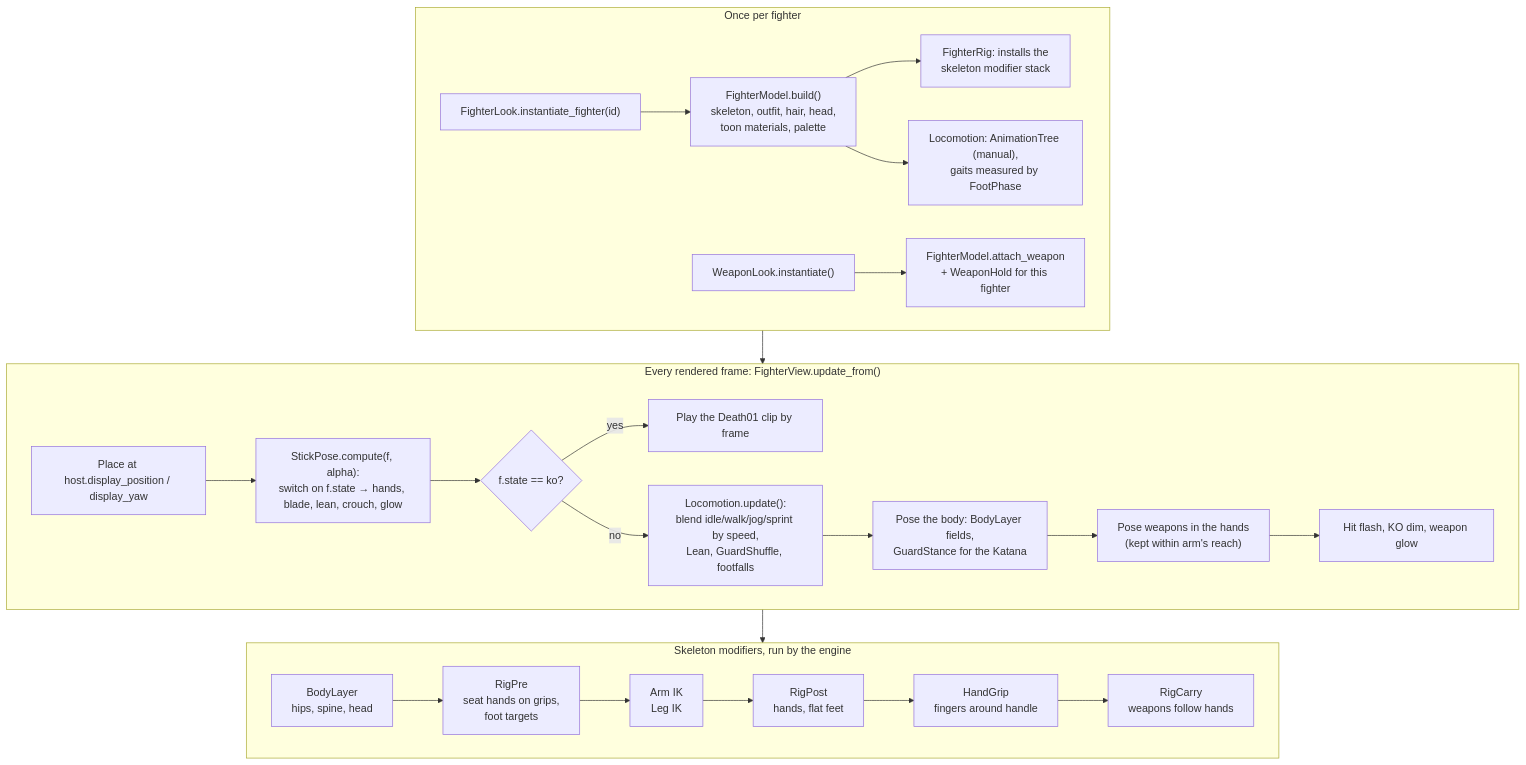
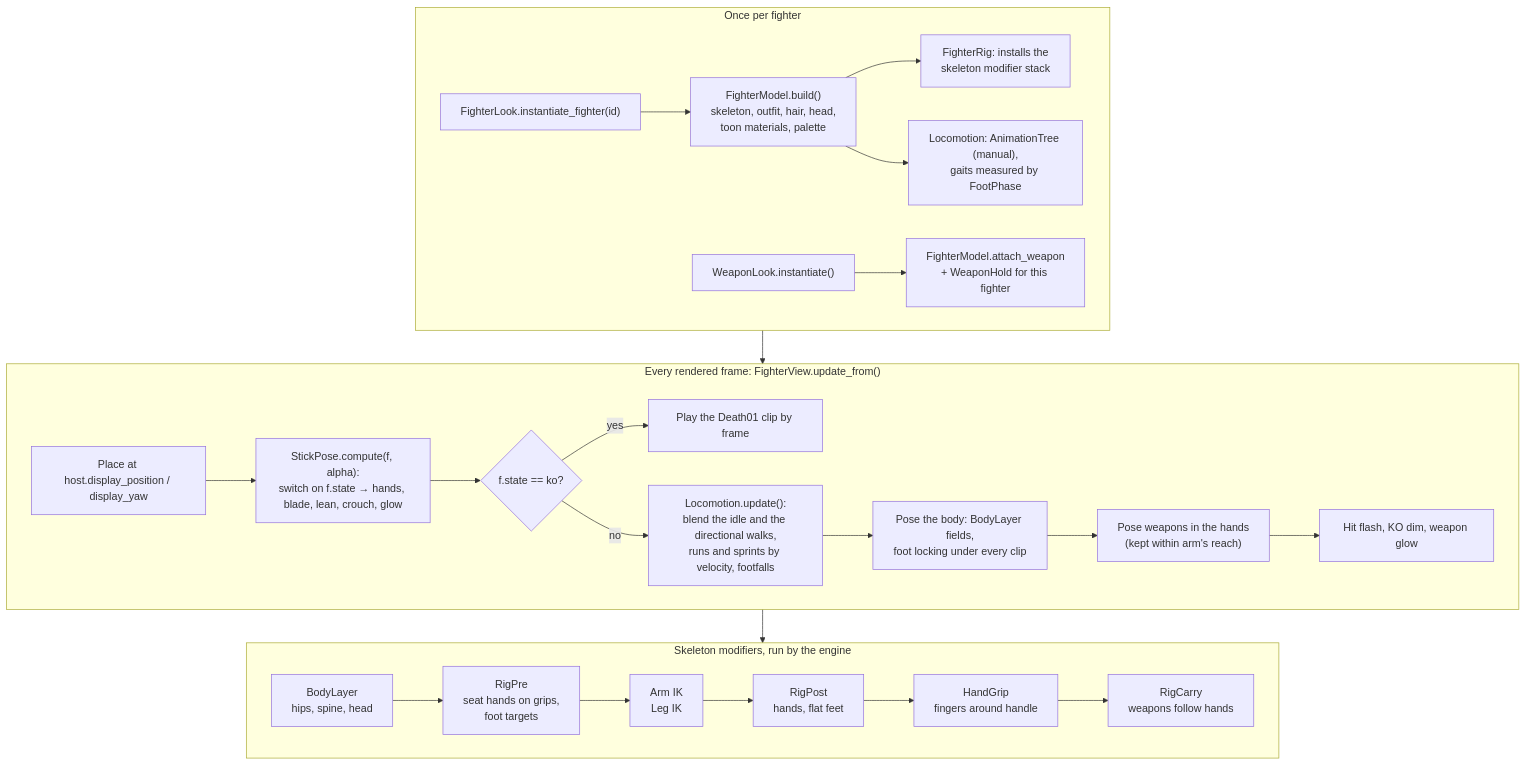
Diagram 13 of 22 in docs/architecture.md (Amwagner45/monomachia), drawn with Mermaid before and after one commit. The commit also changed other lines of this file and 26 other files, not shown here.

First line of the commit message:
Play locomotion from the packs' directional clips (authored animation task 29)

````diff
--- a/docs/architecture.md
+++ b/docs/architecture.md
@@ -679,31 +679,31 @@
 ```mermaid
 flowchart TD
     subgraph BUILD["Once per fighter"]
         FL["FighterLook.instantiate_fighter(id)"] --> FM["FighterModel.build()<br/>skeleton, outfit, hair, head,<br/>toon materials, palette"]
         FM --> RIG["FighterRig: installs the<br/>skeleton modifier stack"]
         FM --> LOCO["Locomotion: AnimationTree (manual),<br/>gaits measured by FootPhase"]
         WL["WeaponLook.instantiate()"] --> HOLD["FighterModel.attach_weapon<br/>+ WeaponHold for this fighter"]
     end
 
     subgraph FRAME["Every rendered frame: FighterView.update_from()"]
         POS["Place at host.display_position / display_yaw"] --> SP["StickPose.compute(f, alpha):<br/>switch on f.state → hands, blade, lean, crouch, glow"]
         SP --> KO{"f.state == ko?"}
         KO -- yes --> FALL["Play the Death01 clip by frame"]
-        KO -- no --> LU["Locomotion.update():<br/>blend idle/walk/jog/sprint by speed,<br/>Lean, GuardShuffle, footfalls"]
-        LU --> PB["Pose the body: BodyLayer fields,<br/>GuardStance for the Katana"]
+        KO -- no --> LU["Locomotion.update():<br/>blend the idle and the directional walks,<br/>runs and sprints by velocity, footfalls"]
+        LU --> PB["Pose the body: BodyLayer fields,<br/>foot locking under every clip"]
         PB --> PW["Pose weapons in the hands<br/>(kept within arm's reach)"]
         PW --> OV["Hit flash, KO dim, weapon glow"]
     end
 
     subgraph STACK["Skeleton modifiers, run by the engine"]
         direction LR
         M1["BodyLayer<br/>hips, spine, head"] --> M2["RigPre<br/>seat hands on grips,<br/>foot targets"]
         M2 --> M3["Arm IK<br/>Leg IK"]
         M3 --> M4["RigPost<br/>hands, flat feet"]
         M4 --> M5["HandGrip<br/>fingers around handle"]
         M5 --> M6["RigCarry<br/>weapons follow hands"]
     end
 
     BUILD --> FRAME
     FRAME --> STACK
 ```
````
